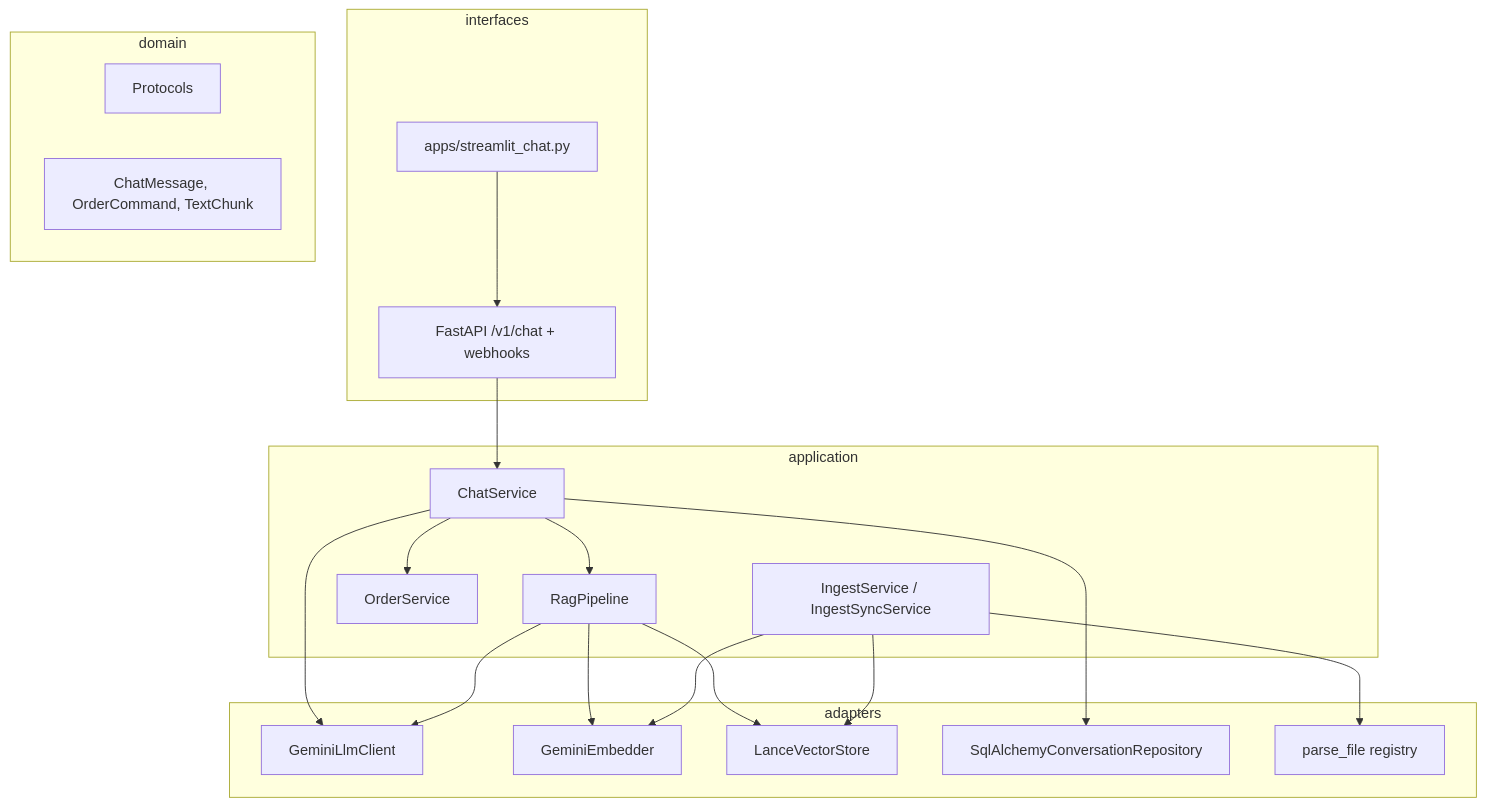
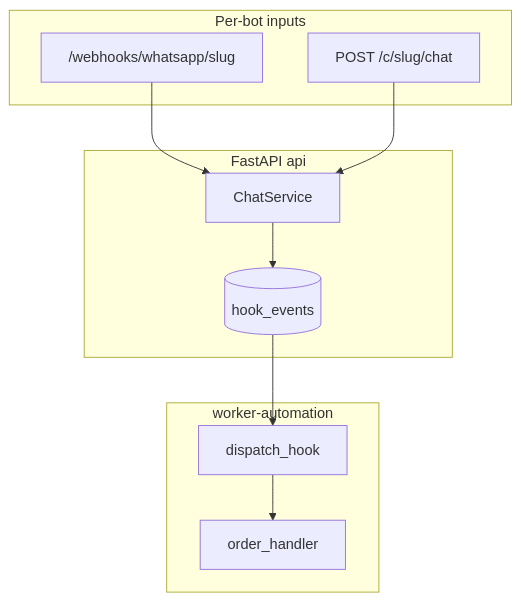
One commit to smamet/chatbot changed the diagram in ARCHITECTURE.md. Above: the diagram before and after it, drawn with Mermaid. The commit also changed other lines of this file and 97 other files, not shown here.

````diff
--- a/ARCHITECTURE.md
+++ b/ARCHITECTURE.md
@@ -18,36 +18,19 @@
 ```mermaid
 flowchart TB
-    subgraph interfaces
-        Streamlit["apps/streamlit_chat.py"]
-        API["FastAPI /v1/chat + webhooks"]
-    end
-    subgraph application
-        CS[ChatService]
-        RAG[RagPipeline]
-        OS[OrderService]
-        ING[IngestService / IngestSyncService]
-    end
-    subgraph domain
-        Contracts[Protocols]
-        Models[ChatMessage, OrderCommand, TextChunk]
-    end
-    subgraph adapters
-        LLM[GeminiLlmClient]
-        EMB[GeminiEmbedder]
-        VS[LanceVectorStore]
-        REPO[SqlAlchemyConversationRepository]
-        Parsers[parse_file registry]
-    end
-    Streamlit --> API
-    API --> CS
-    CS --> RAG
-    CS --> REPO
-    CS --> LLM
-    CS --> OS
-    RAG --> LLM
-    RAG --> EMB
-    RAG --> VS
-    ING --> Parsers
-    ING --> EMB
-    ING --> VS
+  subgraph inputs [Per-bot inputs]
+    WA["/webhooks/whatsapp/slug"]
+    Chat["POST /c/slug/chat"]
+  end
+  subgraph api [FastAPI api]
+    CS[ChatService]
+    HE[(hook_events)]
+  end
+  subgraph worker [worker-automation]
+    W[dispatch_hook]
+    OH[order_handler]
+  end
+  WA --> CS
+  Chat --> CS
+  CS --> HE
+  HE --> W --> OH
 ```
````
